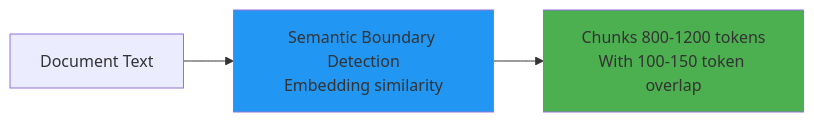
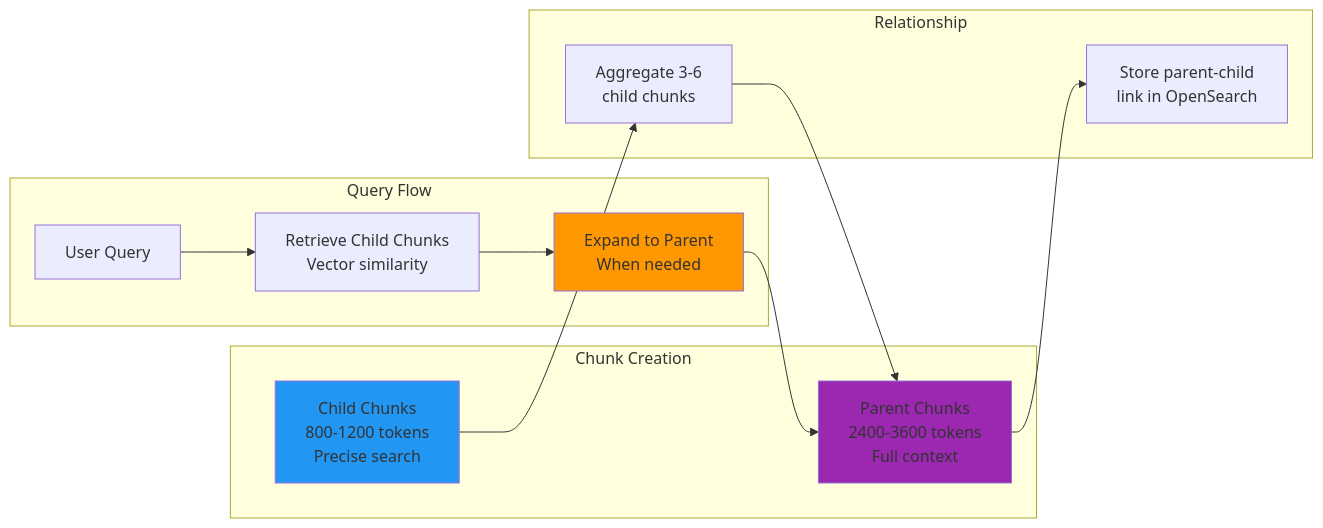
One commit to anguyenbus/case_chat changed diagram 11 of 20 in case_assistant/system_design/02-document-ingestion.md. Above: the diagram before and after it, drawn with Mermaid. The commit also changed other lines of this file, not shown here.

````diff
--- a/case_assistant/system_design/02-document-ingestion.md
+++ b/case_assistant/system_design/02-document-ingestion.md
@@ -623,12 +633,30 @@
 ```mermaid
 graph LR
-    DOC[Document Text]
-    SEMANTIC[Semantic Boundary Detection<br/>Embedding similarity]
-    CHUNKS[Chunks 800-1200 tokens<br/>With 100-150 token overlap]
+    subgraph "Chunk Creation"
+        CHILD[Child Chunks<br/>800-1200 tokens<br/>Precise search]
+        PARENT[Parent Chunks<br/>2400-3600 tokens<br/>Full context]
+    end
 
-    DOC --> SEMANTIC
-    SEMANTIC --> CHUNKS
+    subgraph "Relationship"
+        AGGREGATE[Aggregate 3-6<br/>child chunks]
+        LINK[Store parent-child<br/>link in OpenSearch]
+    end
 
-    style SEMANTIC fill:#2196F3
-    style CHUNKS fill:#4CAF50
+    subgraph "Query Flow"
+        QUERY[User Query]
+        RETRIEVE[Retrieve Child Chunks<br/>Vector similarity]
+        EXPAND[Expand to Parent<br/>When needed]
+    end
+
+    CHILD --> AGGREGATE
+    AGGREGATE --> PARENT
+    PARENT --> LINK
+
+    QUERY --> RETRIEVE
+    RETRIEVE --> EXPAND
+    EXPAND --> PARENT
+
+    style CHILD fill:#2196F3
+    style PARENT fill:#9C27B0
+    style EXPAND fill:#FF9800
 ```
````
